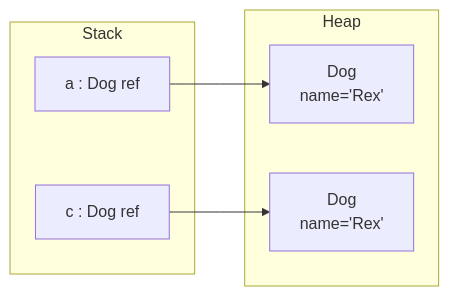
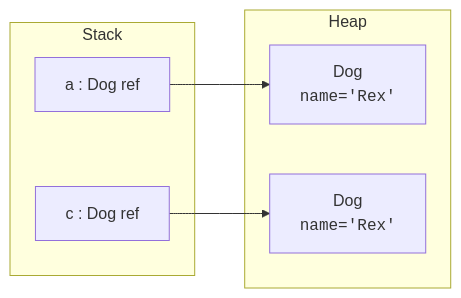
Before and after one commit to dataslope/dataslope: the third of 7 diagrams in content/learn/oop-blueprint-java/objects-in-memory.mdx, drawn with Mermaid. The commit also changed other lines of this file and 218 other files, not shown here.

First line of the commit message:
Render code-only mermaid shapes in monospace; convert step sequences to Steps (#467)

````diff
--- a/content/learn/oop-blueprint-java/objects-in-memory.mdx
+++ b/content/learn/oop-blueprint-java/objects-in-memory.mdx
@@ -112,13 +112,13 @@
 ```mermaid
 flowchart LR
     subgraph Stack
         A2["a : Dog ref"]
         C2["c : Dog ref"]
     end
     subgraph Heap
-        OA["Dog<br/>name='Rex'"]
-        OC["Dog<br/>name='Rex'"]
+        OA["Dog<br/><code>name='Rex'</code>"]
+        OC["Dog<br/><code>name='Rex'</code>"]
     end
     A2 --> OA
     C2 --> OC
 ```
````
